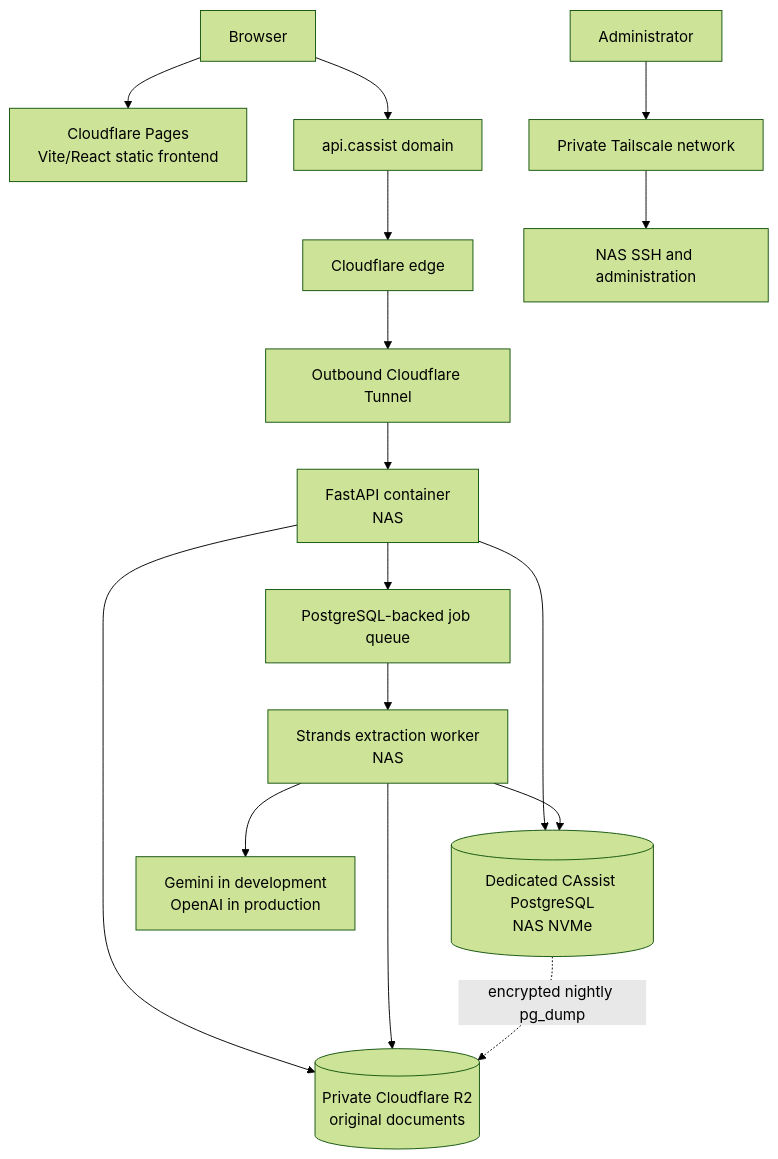
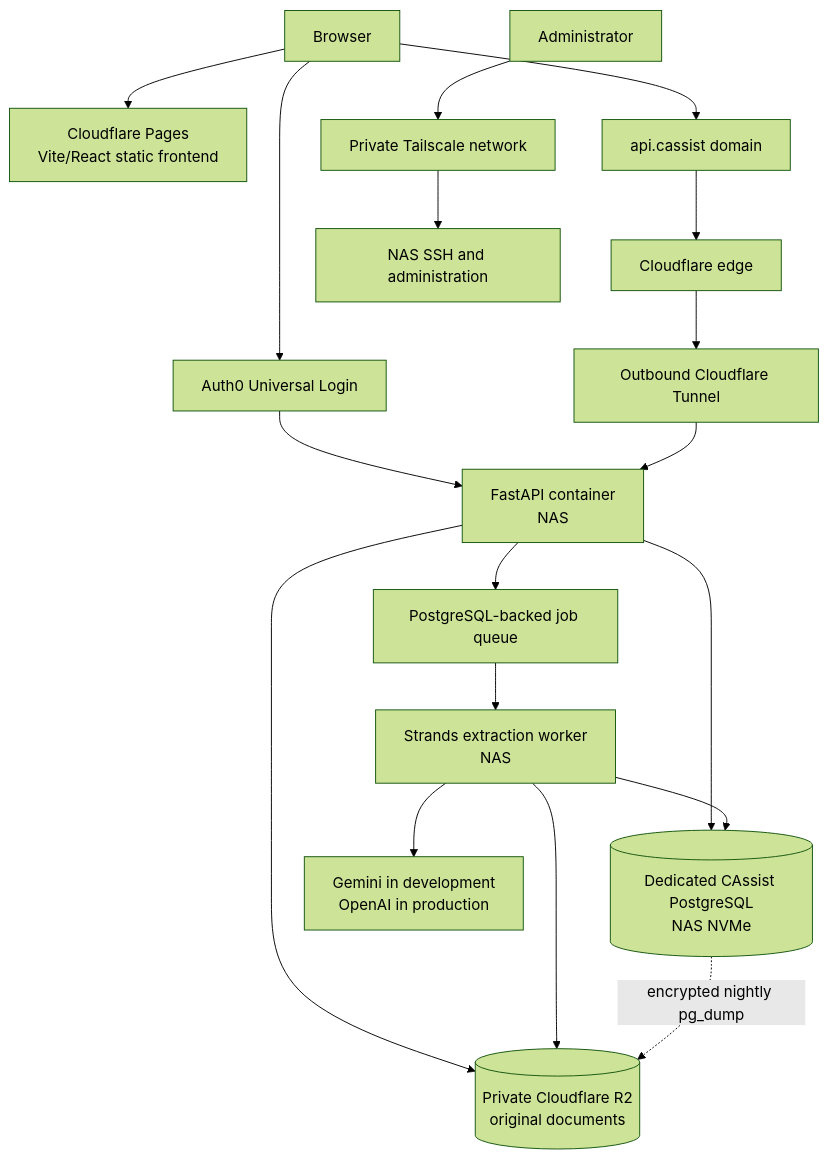
One commit to SriCharanGundla/CAssist changed the third of 3 diagrams in ARCHITECTURE.md. Above: the diagram before and after it, drawn with Mermaid (forest theme). The commit also changed other lines of this file, not shown here.

Commit message:
docs: lock authentication architecture

````diff
--- a/ARCHITECTURE.md
+++ b/ARCHITECTURE.md
@@ -576,18 +705,20 @@
 ```mermaid
 flowchart TD
     USER["Browser"] --> PAGES["Cloudflare Pages<br/>Vite/React static frontend"]
+    USER --> AUTH0["Auth0 Universal Login"]
+    AUTH0 --> API
     USER --> APIHOST["api.cassist domain"]
     APIHOST --> EDGE["Cloudflare edge"]
     EDGE --> TUNNEL["Outbound Cloudflare Tunnel"]
     TUNNEL --> API["FastAPI container<br/>NAS"]
     API --> QUEUE["PostgreSQL-backed job queue"]
     QUEUE --> WORKER["Strands extraction worker<br/>NAS"]
     API --> DB[("Dedicated CAssist PostgreSQL<br/>NAS NVMe")]
     WORKER --> DB
     API --> R2[("Private Cloudflare R2<br/>original documents")]
     WORKER --> R2
     WORKER --> MODELS["Gemini in development<br/>OpenAI in production"]
     DB -. "encrypted nightly pg_dump" .-> R2
     ADMIN["Administrator"] --> TAILSCALE["Private Tailscale network"]
     TAILSCALE --> NASADMIN["NAS SSH and administration"]
 ```
````
